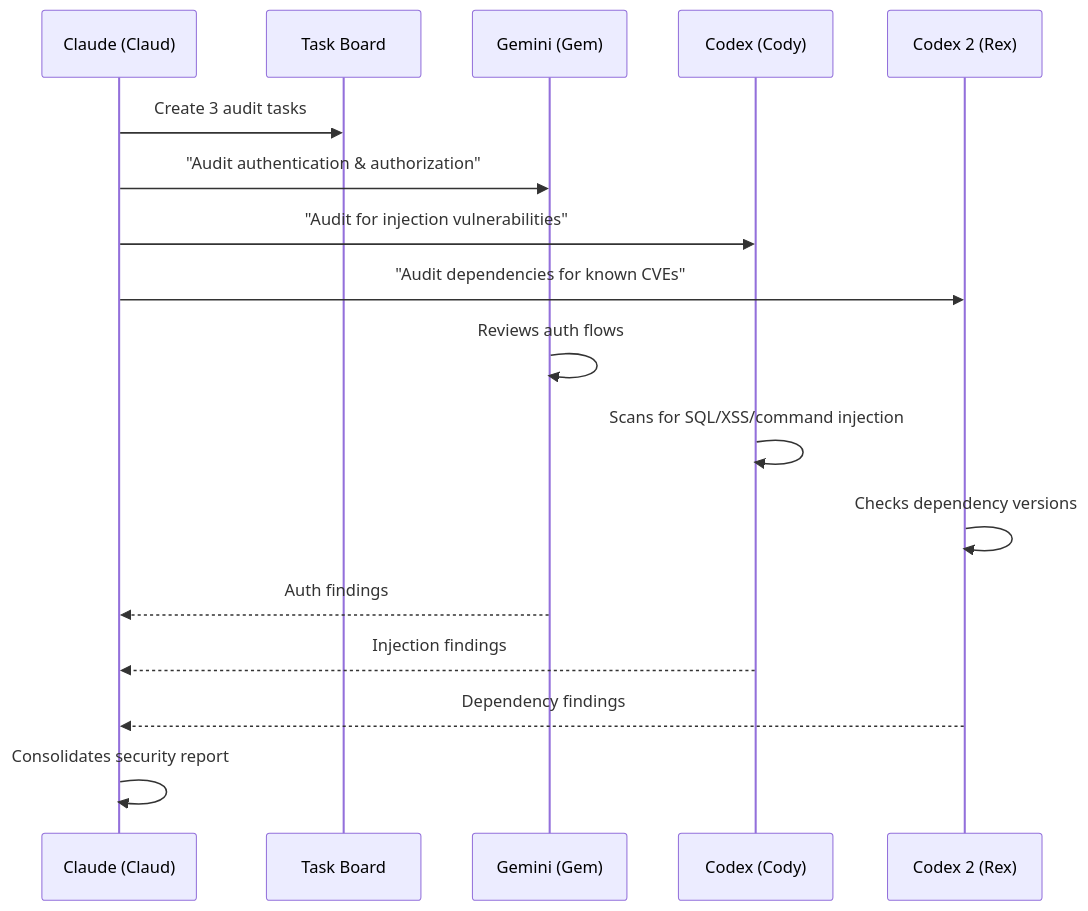
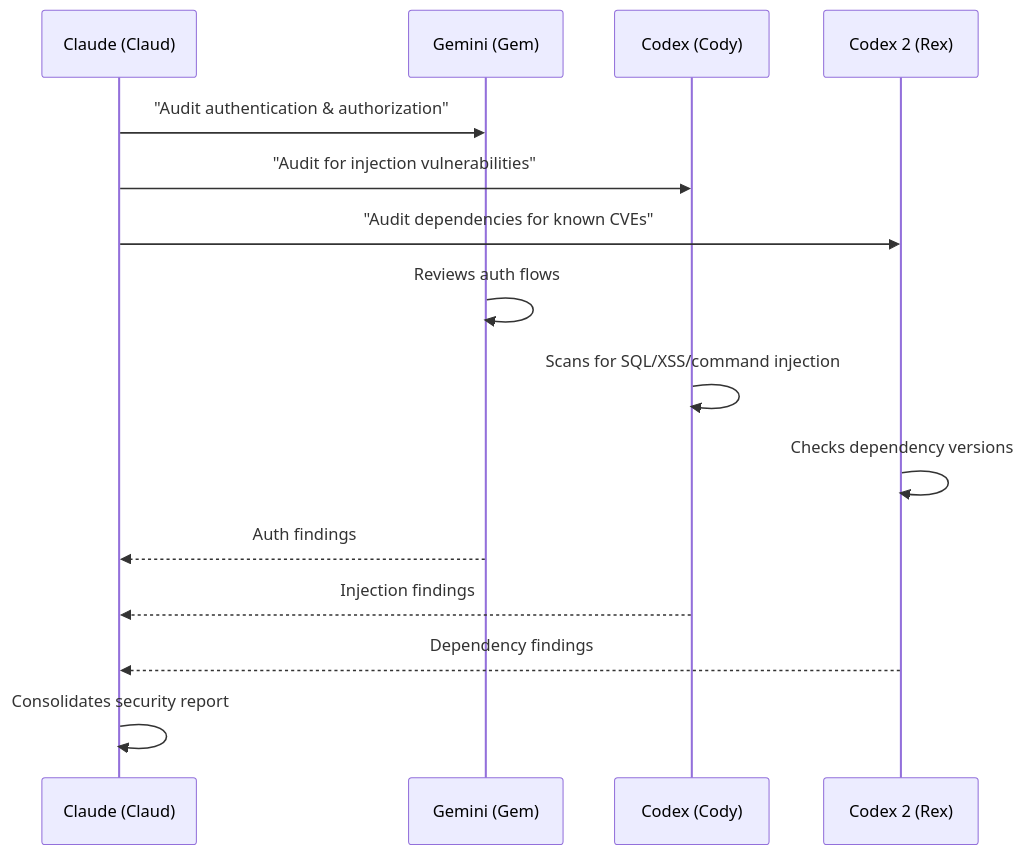
The sixth of 9 diagrams in site-docs/guide/cross-agent-scenarios.md (s-hiraoku/synapse-a2a), drawn with Mermaid before and after one commit. The commit also changed other lines of this file and 63 other files, not shown here.

First line of the commit message:
docs: deep cleanup of task board references across skills, site-docs, and templates

````diff
--- a/site-docs/guide/cross-agent-scenarios.md
+++ b/site-docs/guide/cross-agent-scenarios.md
@@ -423,20 +388,18 @@
 ```mermaid
 sequenceDiagram
     participant Lead as Claude (Claud)
-    participant TB as Task Board
     participant A1 as Gemini (Gem)
     participant A2 as Codex (Cody)
     participant A3 as Codex 2 (Rex)
 
-    Lead->>TB: Create 3 audit tasks
     Lead->>A1: "Audit authentication & authorization"
     Lead->>A2: "Audit for injection vulnerabilities"
     Lead->>A3: "Audit dependencies for known CVEs"
     A1->>A1: Reviews auth flows
     A2->>A2: Scans for SQL/XSS/command injection
     A3->>A3: Checks dependency versions
     A1-->>Lead: Auth findings
     A2-->>Lead: Injection findings
     A3-->>Lead: Dependency findings
     Lead->>Lead: Consolidates security report
 ```
````
